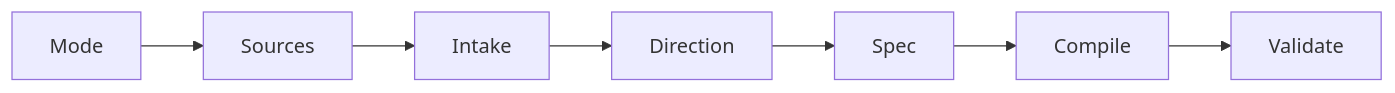
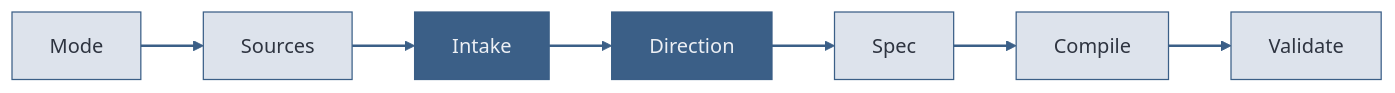
One commit to adewale/slide-maker changed the diagram in examples/reference/pages/skill.md. Above: the diagram before and after it, drawn with Mermaid. The commit also changed 1 other file, not shown here.

Commit message:
Fix skill.md black-box diagram, upgrade SVG contrast detection
Slide 44 had 7 black Mermaid boxes — the Seven-Step Workflow
diagram in skill.md was missed when we fixed code.md diagrams.
Same root cause: no inline styles, Beautiful Mermaid auto-theming
producing black fills.

The screenshot audit didn't catch it because its SVG check only
counted dark shapes, not whether text inside them was readable.
A black shape with dark text inside was considered "has text" and
passed.

Fix: upgraded the Mermaid check to compute WCAG contrast ratio
between each shape's fill and its text elements' fill. Flags as
CRITICAL when any node has <2:1 text-vs-fill contrast. This would
have caught slide 44's black boxes.

Why it won't happen again:
1. The linter flags flowcharts without inline style directives
2. The screenshot audit now detects SVG text-vs-fill contrast
3. Both tools run on the same build the presenter will see

````diff
--- a/examples/reference/pages/skill.md
+++ b/examples/reference/pages/skill.md
@@ -16,9 +16,17 @@
 ```mermaid {scale: 0.8}
 graph LR
   A["Mode"] --> B["Sources"]
   B --> C["Intake"]
   C --> D["Direction"]
   D --> E["Spec"]
   E --> F["Compile"]
   F --> G["Validate"]
+  style A fill:#dde3ec,stroke:#3b5f87,color:#2e3440
+  style B fill:#dde3ec,stroke:#3b5f87,color:#2e3440
+  style C fill:#3b5f87,stroke:#3b5f87,color:#eceff4
+  style D fill:#3b5f87,stroke:#3b5f87,color:#eceff4
+  style E fill:#dde3ec,stroke:#3b5f87,color:#2e3440
+  style F fill:#dde3ec,stroke:#3b5f87,color:#2e3440
+  style G fill:#dde3ec,stroke:#3b5f87,color:#2e3440
+  linkStyle default stroke:#3b5f87,stroke-width:2px
 ```
````
